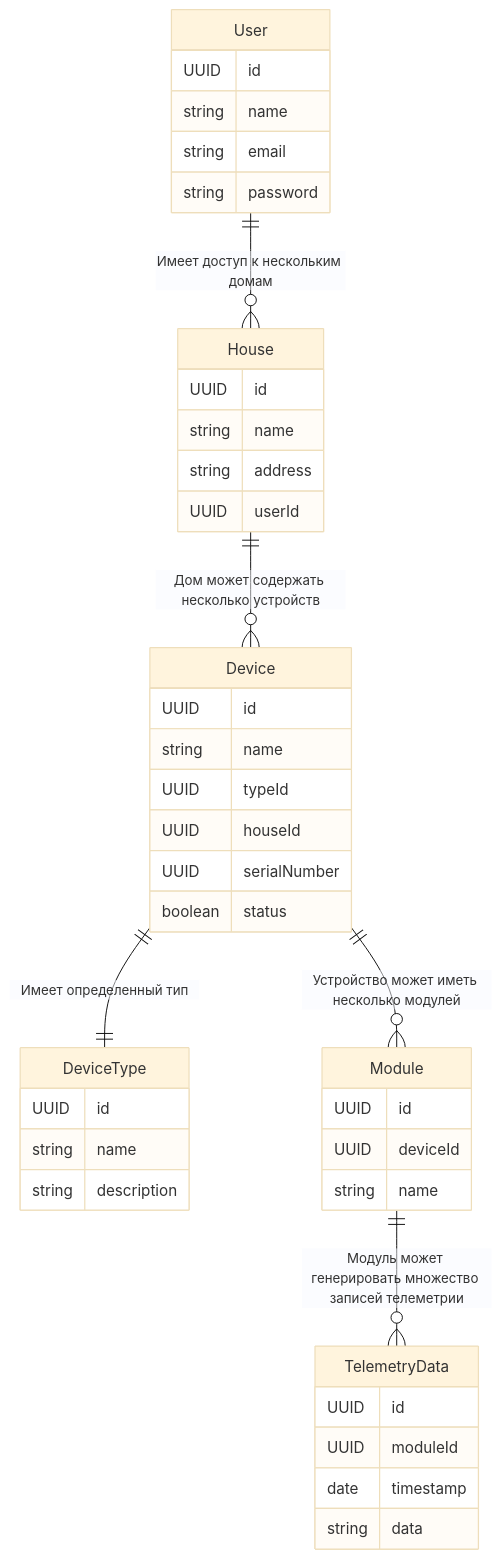
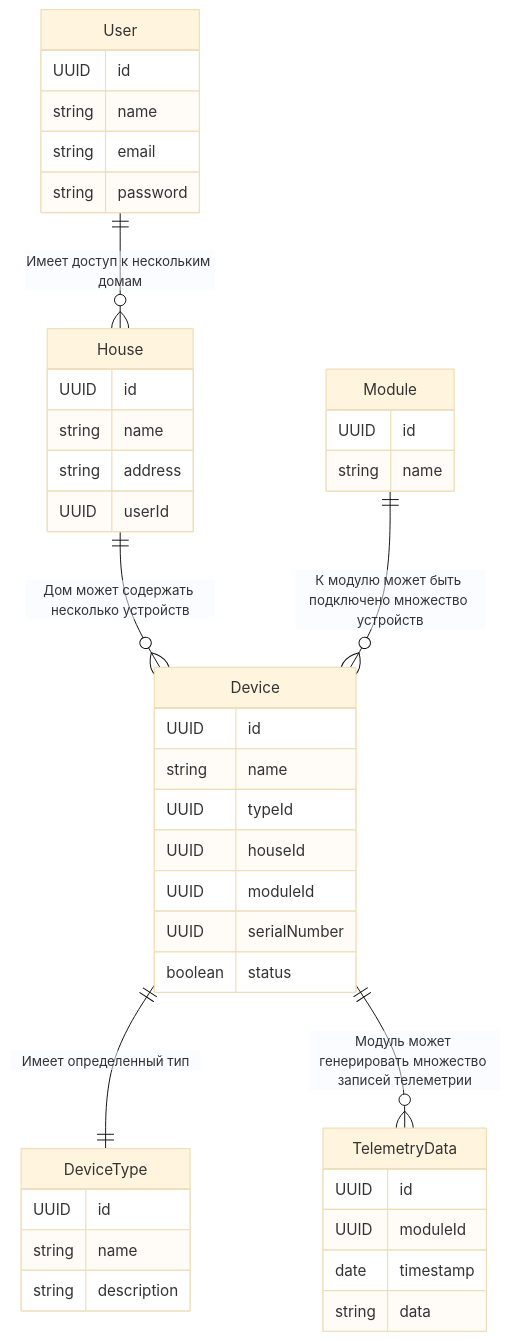
The sixth of 6 diagrams in docs/Проектирование микросервисной архитектуры.md (lased/architecture-sprint-3), drawn with Mermaid (base theme) before and after one commit.

Commit message:
refactor

````diff
--- a/docs/Проектирование микросервисной архитектуры.md
+++ b/docs/Проектирование микросервисной архитектуры.md
@@ -214,50 +214,50 @@
 ```mermaid
 erDiagram
     User {
         UUID id
         string name
         string email
         string password
     }
 
     House {
         UUID id
         string name
         string address
         UUID userId
     }
 
     Device {
         UUID id
         string name
         UUID typeId
         UUID houseId
+        UUID moduleId
         UUID serialNumber
         boolean status
     }
 
     DeviceType {
         UUID id
         string name
         string description
     }
 
     TelemetryData {
         UUID id
         UUID moduleId
         date timestamp
         string data
     }
 
     Module {
         UUID id
-        UUID deviceId
         string name
     }
 
     User ||--o{ House : "Имеет доступ к нескольким домам"
     House ||--o{ Device : "Дом может содержать несколько устройств"
     Device ||--|| DeviceType : "Имеет определенный тип"
-    Device ||--o{ Module : "Устройство может иметь несколько модулей"
-    Module ||--o{ TelemetryData : "Модуль может генерировать множество записей телеметрии"
+    Device ||--o{ TelemetryData : "Модуль может генерировать множество записей телеметрии"
+    Module ||--o{ Device : "К модулю может быть подключено множество устройств"
 ```
````
